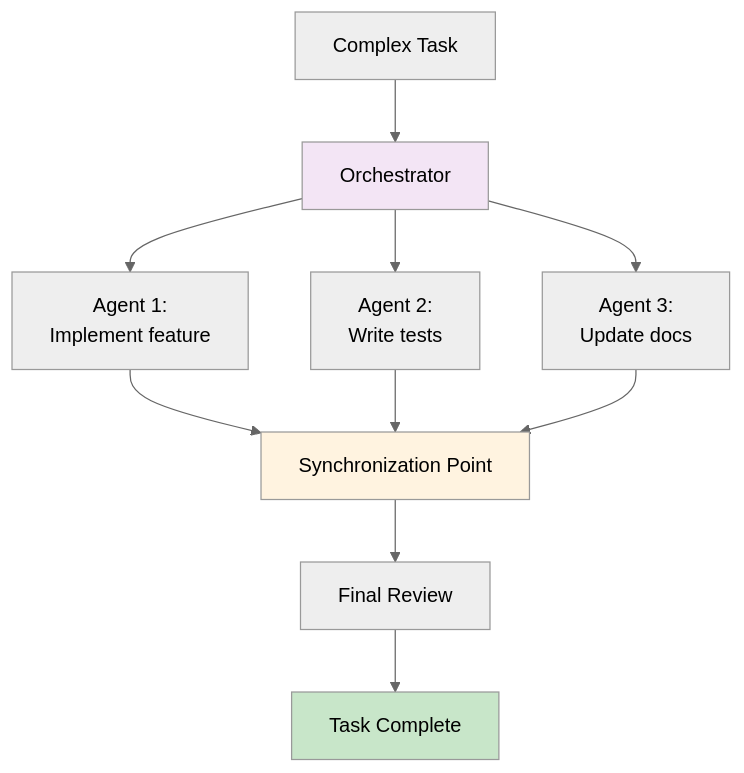
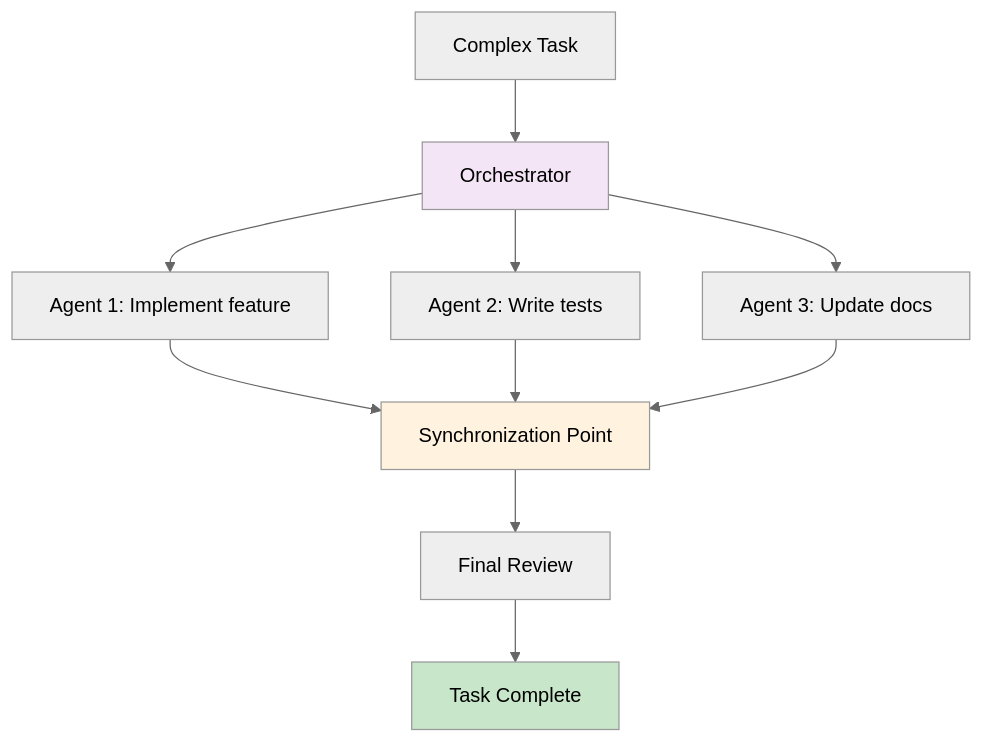
The fourth of 9 diagrams in wiki/Agent-System.md (softwarewrighter/emacs-agent), drawn with Mermaid (neutral theme) before and after one commit. The commit also changed other lines of this file and 7 other files, not shown here.

First line of the commit message:
Fix wiki Mermaid diagrams: remove <br/> tags

````diff
--- a/wiki/Agent-System.md
+++ b/wiki/Agent-System.md
@@ -178,19 +178,19 @@
 ```mermaid
 graph TB
     TASK[Complex Task] --> ORCHESTRATOR[Orchestrator]
 
-    ORCHESTRATOR --> AGENT1[Agent 1:<br/>Implement feature]
-    ORCHESTRATOR --> AGENT2[Agent 2:<br/>Write tests]
-    ORCHESTRATOR --> AGENT3[Agent 3:<br/>Update docs]
+    ORCHESTRATOR --> AGENT1[Agent 1: Implement feature]
+    ORCHESTRATOR --> AGENT2[Agent 2: Write tests]
+    ORCHESTRATOR --> AGENT3[Agent 3: Update docs]
 
     AGENT1 --> SYNC[Synchronization Point]
     AGENT2 --> SYNC
     AGENT3 --> SYNC
 
     SYNC --> REVIEW[Final Review]
     REVIEW --> COMPLETE[Task Complete]
 
     style ORCHESTRATOR fill:#f3e5f5
     style SYNC fill:#fff3e0
     style COMPLETE fill:#c8e6c9
 ```
````
